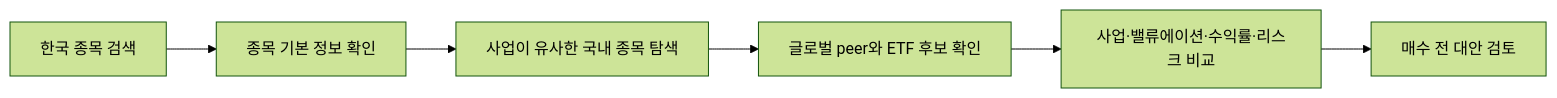
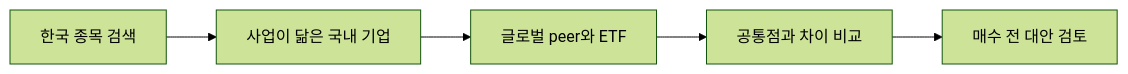
Before and after one commit to spark142857142857/BeforeBuy: the first of 2 diagrams in README.md, drawn with Mermaid (forest theme). The commit also changed other lines of this file, not shown here.

````diff
--- a/README.md
+++ b/README.md
@@ -44,8 +52,7 @@
 ```mermaid
 flowchart LR
-    A["한국 종목 검색"] --> B["종목 기본 정보 확인"]
-    B --> C["사업이 유사한 국내 종목 탐색"]
-    C --> D["글로벌 peer와 ETF 후보 확인"]
-    D --> E["사업·밸류에이션·수익률·리스크 비교"]
-    E --> F["매수 전 대안 검토"]
+    A["한국 종목 검색"] --> B["사업이 닮은 국내 기업"]
+    B --> C["글로벌 peer와 ETF"]
+    C --> D["공통점과 차이 비교"]
+    D --> E["매수 전 대안 검토"]
 ```
````
